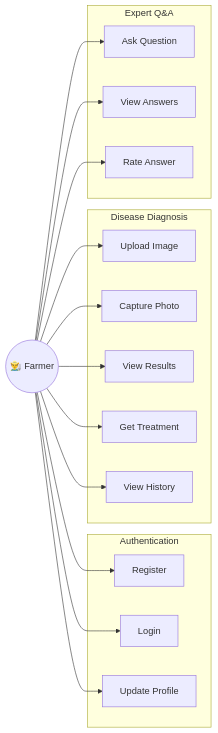
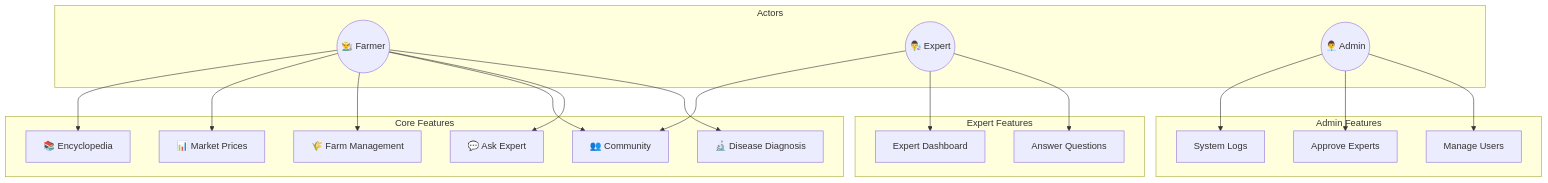
Before and after one commit to akshayks13/AI-Crop-Disease-Diagnosis-System: the diagram in docs/use_case_diagram.md, drawn with Mermaid. The commit also changed other lines of this file and 1 other file, not shown here.

````diff
--- a/docs/use_case_diagram.md
+++ b/docs/use_case_diagram.md
@@ -5,36 +3,43 @@
 ```mermaid
-graph LR
-    F((👨‍🌾 Farmer))
-    
-    subgraph Authentication
-        UC1[Register]
-        UC2[Login]
-        UC3[Update Profile]
+graph TB
+    subgraph Actors
+        F((👨‍🌾 Farmer))
+        E((👨‍🔬 Expert))
+        A((👨‍💼 Admin))
     end
     
-    subgraph "Disease Diagnosis"
-        UC4[Upload Image]
-        UC5[Capture Photo]
-        UC6[View Results]
-        UC7[Get Treatment]
-        UC8[View History]
+    subgraph "Core Features"
+        D[🔬 Disease Diagnosis]
+        Q[💬 Ask Expert]
+        C[👥 Community]
+        FA[🌾 Farm Management]
+        M[📊 Market Prices]
+        EN[📚 Encyclopedia]
     end
     
-    subgraph "Expert Q&A"
-        UC9[Ask Question]
-        UC10[View Answers]
-        UC11[Rate Answer]
+    subgraph "Expert Features"
+        ANS[Answer Questions]
+        DASH[Expert Dashboard]
     end
     
-    F --> UC1
-    F --> UC2
-    F --> UC3
-    F --> UC4
-    F --> UC5
-    F --> UC6
-    F --> UC7
-    F --> UC8
-    F --> UC9
-    F --> UC10
-    F --> UC11
+    subgraph "Admin Features"
+        USR[Manage Users]
+        APP[Approve Experts]
+        LOG[System Logs]
+    end
+    
+    F --> D
+    F --> Q
+    F --> C
+    F --> FA
+    F --> M
+    F --> EN
+    
+    E --> ANS
+    E --> DASH
+    E --> C
+    
+    A --> USR
+    A --> APP
+    A --> LOG
 ```
````
